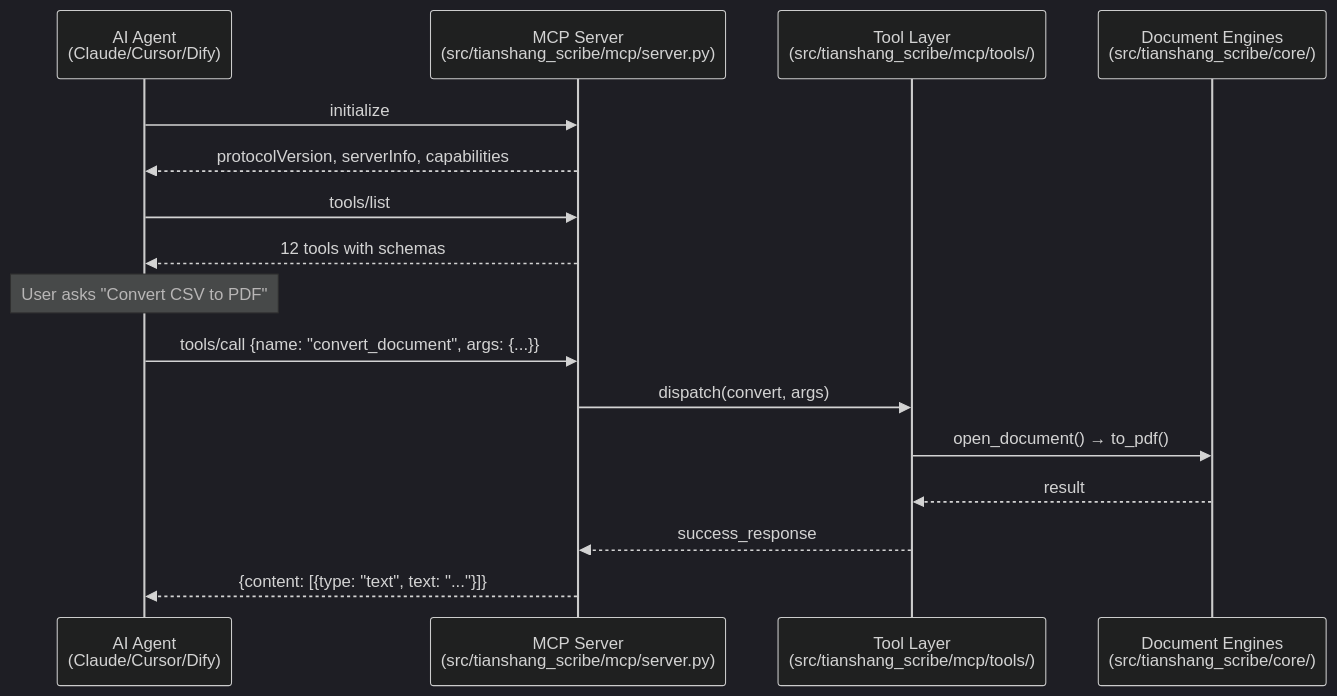
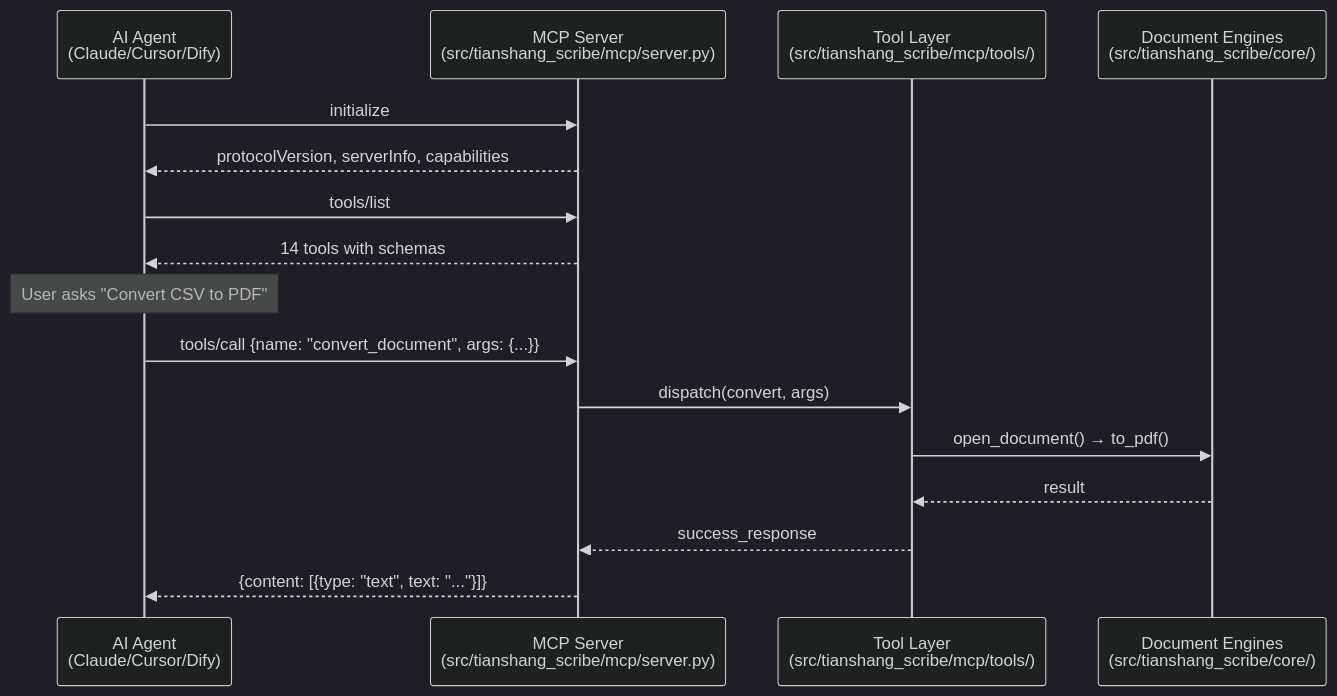
Before and after one commit to Tianshang301/TianshangScribe: the first of 2 diagrams in docs/mcp/README.md, drawn with Mermaid (dark theme). The commit also changed other lines of this file and 8 other files, not shown here.

Commit message:
chore(release): 0.9.0 docs sync (14 tools) + version bump — README/docs-mcp/ROADMAP/AGENTS/CHANGELOG

````diff
--- a/docs/mcp/README.md
+++ b/docs/mcp/README.md
@@ -523,22 +557,22 @@
 ```mermaid
 sequenceDiagram
     participant Agent as AI Agent<br/>(Claude/Cursor/Dify)
     participant MCP as MCP Server<br/>(src/tianshang_scribe/mcp/server.py)
     participant Tools as Tool Layer<br/>(src/tianshang_scribe/mcp/tools/)
     participant Engine as Document Engines<br/>(src/tianshang_scribe/core/)
 
     Agent->>MCP: initialize
     MCP-->>Agent: protocolVersion, serverInfo, capabilities
 
     Agent->>MCP: tools/list
-    MCP-->>Agent: 12 tools with schemas
+    MCP-->>Agent: 14 tools with schemas
 
     Note over Agent: User asks "Convert CSV to PDF"
 
     Agent->>MCP: tools/call {name: "convert_document", args: {...}}
     MCP->>Tools: dispatch(convert, args)
     Tools->>Engine: open_document() → to_pdf()
     Engine-->>Tools: result
     Tools-->>MCP: success_response
     MCP-->>Agent: {content: [{type: "text", text: "..."}]}
 ```
````
